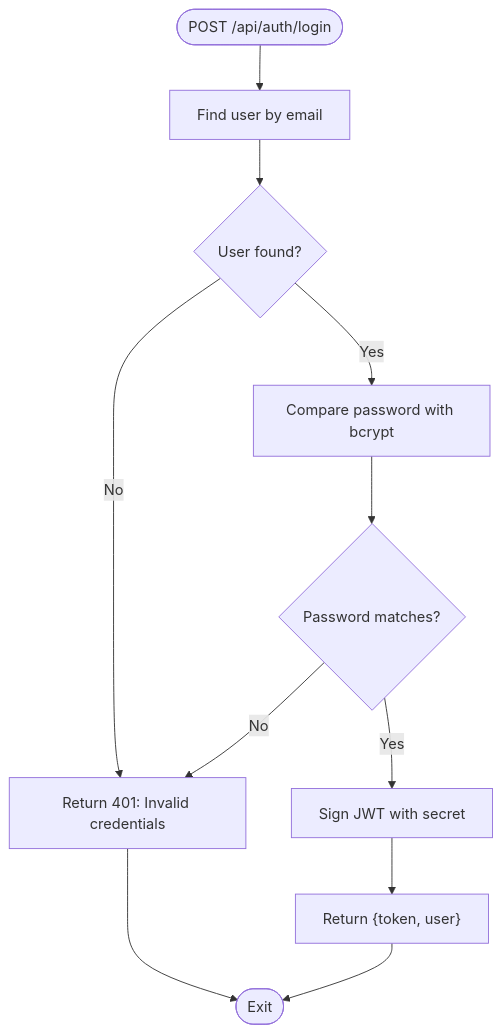
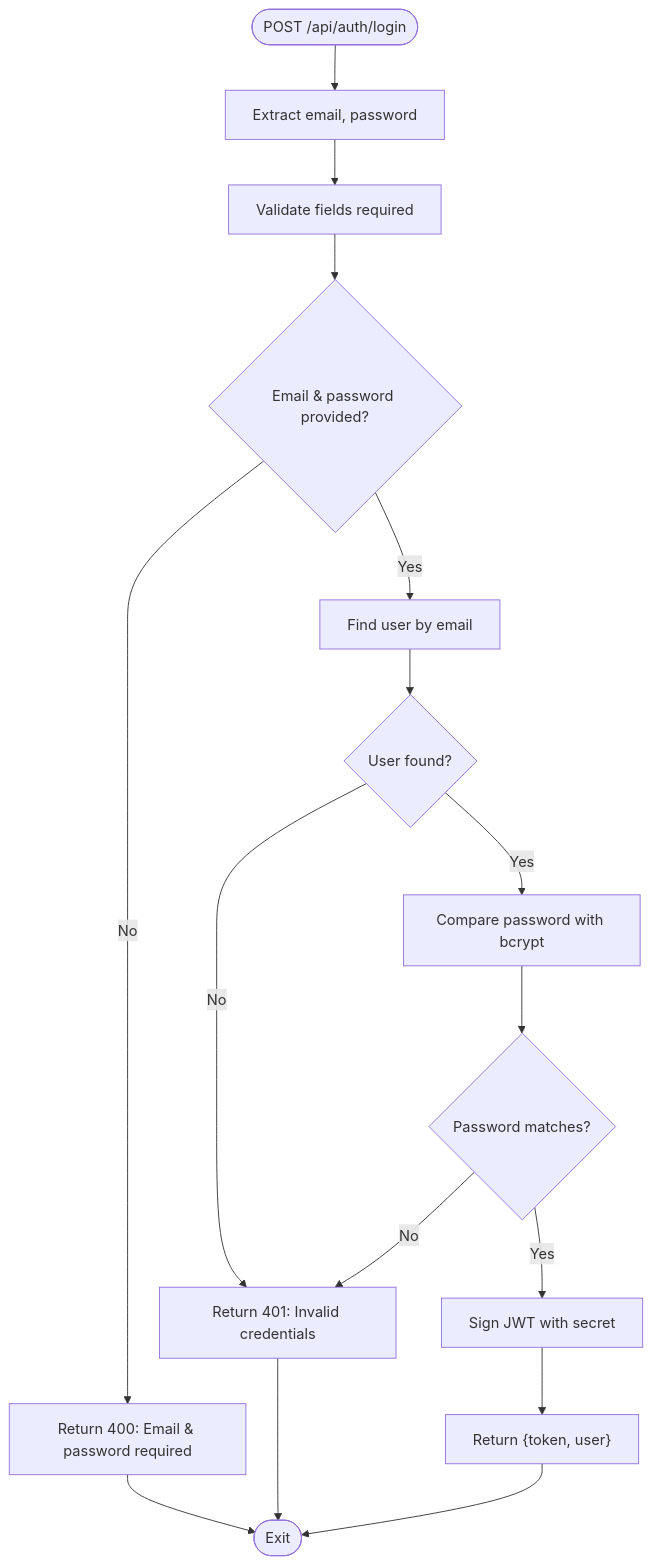
Before and after one commit to Pavan-PSPK9032/TrendsandToss: the fourth of 11 diagrams in .qoder/repowiki/en/content/Authentication & Authorization/Login & Registration Process.md, drawn with Mermaid. The commit also changed other lines of this file and 27 other files, not shown here.

````diff
--- a/.qoder/repowiki/en/content/Authentication & Authorization/Login & Registration Process.md
+++ b/.qoder/repowiki/en/content/Authentication & Authorization/Login & Registration Process.md
@@ -225,13 +235,18 @@
 ```mermaid
 flowchart TD
-Start(["POST /api/auth/login"]) --> Lookup["Find user by email"]
+Start(["POST /api/auth/login"]) --> Extract["Extract email, password"]
+Extract --> Validate["Validate fields required"]
+Validate --> Valid{"Email & password provided?"}
+Valid --> |No| ErrFields["Return 400: Email & password required"]
+Valid --> |Yes| Lookup["Find user by email"]
 Lookup --> Found{"User found?"}
 Found --> |No| ErrCreds["Return 401: Invalid credentials"]
 Found --> |Yes| Verify["Compare password with bcrypt"]
 Verify --> Match{"Password matches?"}
 Match --> |No| ErrCreds
 Match --> |Yes| Sign["Sign JWT with secret"]
 Sign --> Respond["Return {token, user}"]
-ErrCreds --> End(["Exit"])
+ErrFields --> End(["Exit"])
+ErrCreds --> End
 Respond --> End
 ```
````
